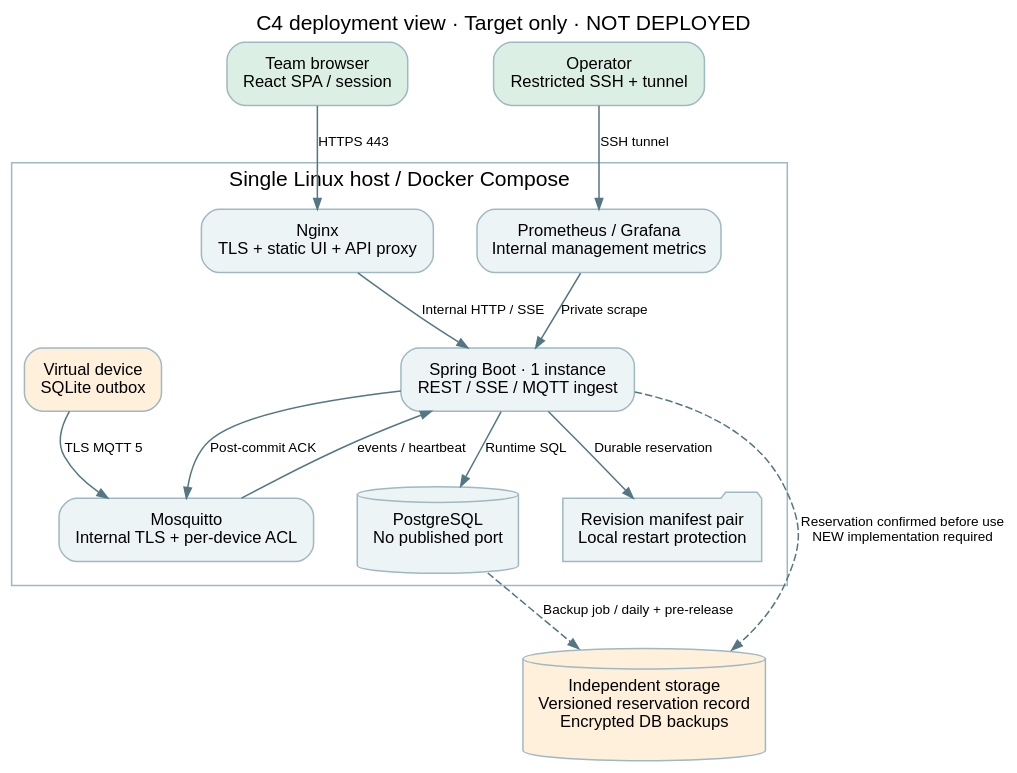
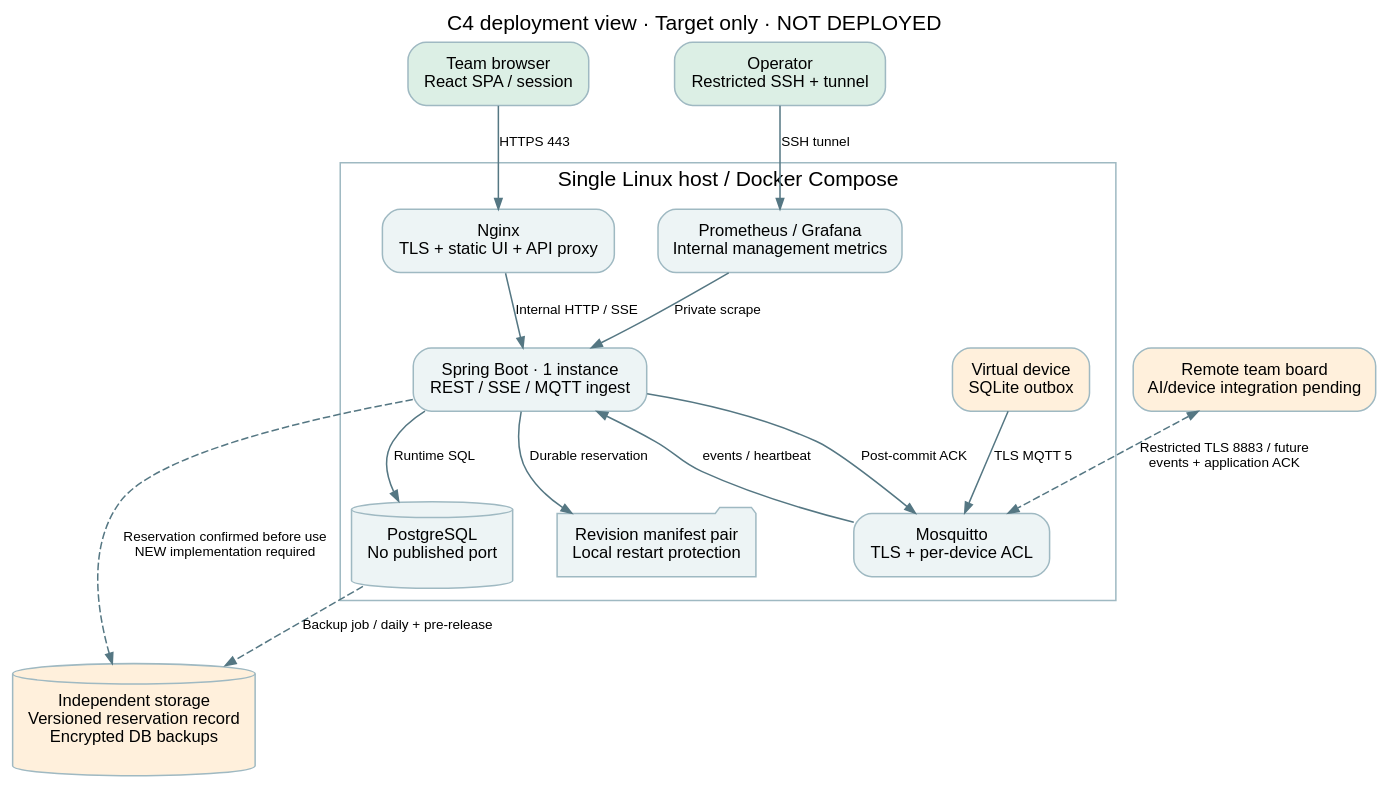
Before and after one commit to yh4752/illegal-parking-detection: the diagram in docs/diagrams/07-deployment.dot, drawn with Graphviz. The commit also changed 99 other files, not shown here.

```diff
--- a/docs/diagrams/07-deployment.dot
+++ b/docs/diagrams/07-deployment.dot
@@ -1,29 +1,31 @@
 digraph Deployment {
  graph [rankdir=TB, bgcolor="transparent", pad="0.3", nodesep="0.4", ranksep="0.55", fontname="Arial", label="C4 deployment view · Target only · NOT DEPLOYED", labelloc=t];
  node [shape=box,style="rounded,filled",fillcolor="#EDF4F5",color="#9FB9C2",fontname="Arial",fontsize=11,margin="0.15,0.12"];
  edge [fontname="Arial",fontsize=9,color="#557783",arrowsize=0.7];
  browser [label="Team browser\nReact SPA / session",fillcolor="#DCEFE5"];
+ board [label="Remote team board\nAI/device integration pending",fillcolor="#FFF0DC"];
  admin [label="Operator\nRestricted SSH + tunnel",fillcolor="#DCEFE5"];
  subgraph cluster_host {
  label="Single Linux host / Docker Compose"; color="#9FB9C2";
  web [label="Nginx\nTLS + static UI + API proxy"];
  app [label="Spring Boot · 1 instance\nREST / SSE / MQTT ingest"];
- broker [label="Mosquitto\nInternal TLS + per-device ACL"];
+ broker [label="Mosquitto\nTLS + per-device ACL"];
  sim [label="Virtual device\nSQLite outbox",fillcolor="#FFF0DC"];
  db [shape=cylinder,label="PostgreSQL\nNo published port"];
  rev [shape=folder,label="Revision manifest pair\nLocal restart protection"];
  mon [label="Prometheus / Grafana\nInternal management metrics"];
  web -> app [label="Internal HTTP / SSE"];
  sim -> broker [label="TLS MQTT 5"];
  broker -> app [label="events / heartbeat"];
  app -> broker [label="Post-commit ACK"];
  app -> db [label="Runtime SQL"];
  app -> rev [label="Durable reservation"];
  mon -> app [label="Private scrape"];
  }
  external [shape=cylinder,label="Independent storage\nVersioned reservation record\nEncrypted DB backups",fillcolor="#FFF0DC"];
  browser -> web [label="HTTPS 443"];
+ board -> broker [label="Restricted TLS 8883 / future\nevents + application ACK",dir=both,style=dashed];
  admin -> mon [label="SSH tunnel"];
  app -> external [label="Reservation confirmed before use\nNEW implementation required",style=dashed];
  db -> external [label="Backup job / daily + pre-release",style=dashed];
 }
```
